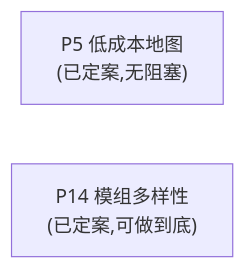
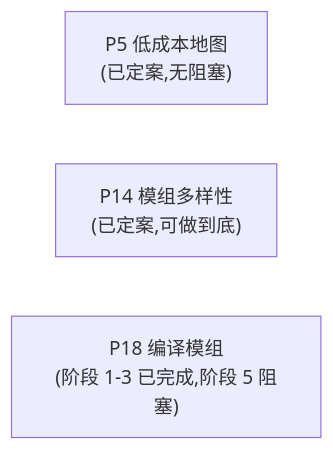
One commit to Mzihong/coc-keeper-kit changed the diagram in update_plan/README.md. Above: the diagram before and after it, drawn with Mermaid. The commit also changed other lines of this file and 44 other files, not shown here.

````diff
--- a/update_plan/README.md
+++ b/update_plan/README.md
@@ -25,5 +26,6 @@
 ```mermaid
 graph LR
     P5["P5 低成本地图<br/>(已定案,无阻塞)"]
     P14["P14 模组多样性<br/>(已定案,可做到底)"]
+    P18["P18 编译模组<br/>(阶段 1-3 已完成,阶段 5 阻塞)"]
 ```
````
